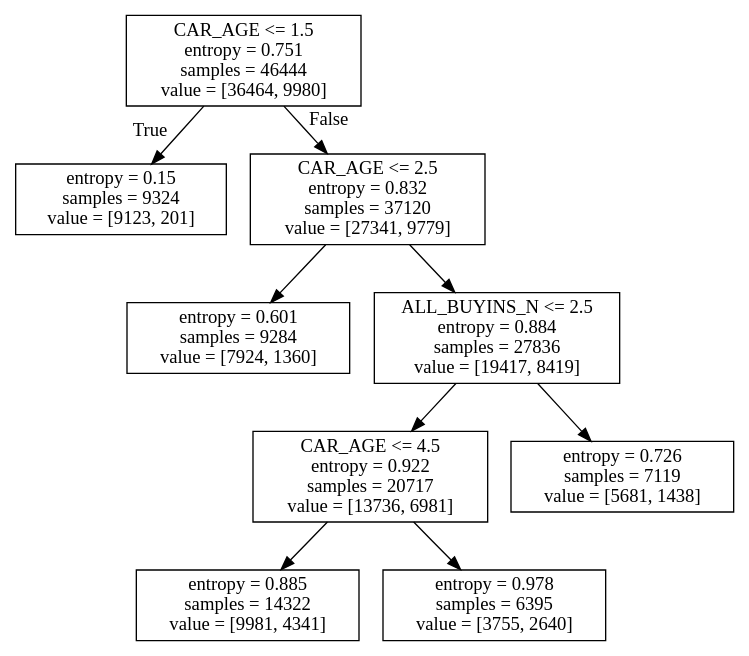
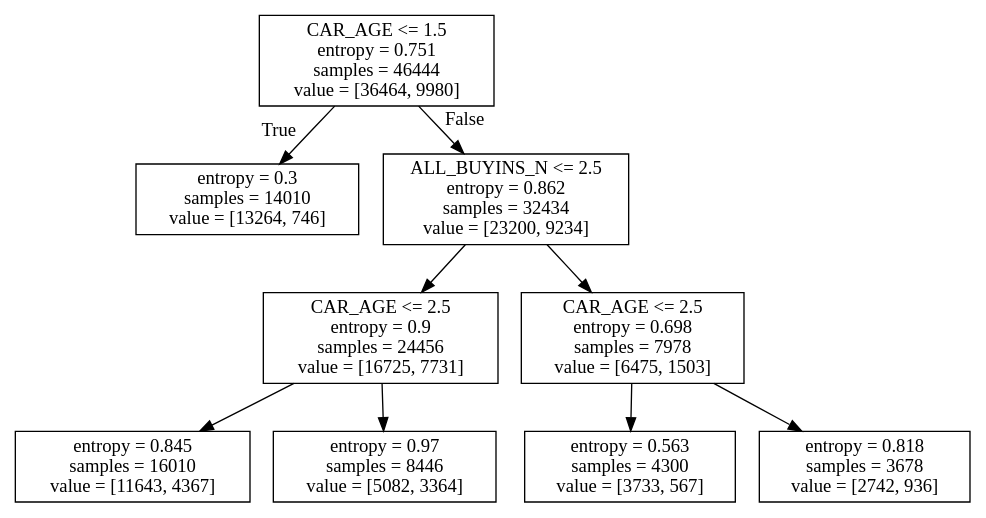
The diagram in tree.dot (fralychen/TianchiData), drawn with Graphviz before and after one commit. The commit also changed 4 other files, not shown here.

```diff
--- a/tree.dot
+++ b/tree.dot
@@ -1,20 +1,20 @@
 digraph Tree {
 node [shape=box] ;
 0 [label="CAR_AGE <= 1.5\nentropy = 0.751\nsamples = 46444\nvalue = [36464, 9980]"] ;
-1 [label="entropy = 0.15\nsamples = 9324\nvalue = [9123, 201]"] ;
+1 [label="entropy = 0.3\nsamples = 14010\nvalue = [13264, 746]"] ;
 0 -> 1 [labeldistance=2.5, labelangle=45, headlabel="True"] ;
-2 [label="CAR_AGE <= 2.5\nentropy = 0.832\nsamples = 37120\nvalue = [27341, 9779]"] ;
+2 [label="ALL_BUYINS_N <= 2.5\nentropy = 0.862\nsamples = 32434\nvalue = [23200, 9234]"] ;
 0 -> 2 [labeldistance=2.5, labelangle=-45, headlabel="False"] ;
-3 [label="entropy = 0.601\nsamples = 9284\nvalue = [7924, 1360]"] ;
+3 [label="CAR_AGE <= 2.5\nentropy = 0.9\nsamples = 24456\nvalue = [16725, 7731]"] ;
 2 -> 3 ;
-4 [label="ALL_BUYINS_N <= 2.5\nentropy = 0.884\nsamples = 27836\nvalue = [19417, 8419]"] ;
+5 [label="entropy = 0.845\nsamples = 16010\nvalue = [11643, 4367]"] ;
+3 -> 5 ;
+6 [label="entropy = 0.97\nsamples = 8446\nvalue = [5082, 3364]"] ;
+3 -> 6 ;
+4 [label="CAR_AGE <= 2.5\nentropy = 0.698\nsamples = 7978\nvalue = [6475, 1503]"] ;
 2 -> 4 ;
-5 [label="CAR_AGE <= 4.5\nentropy = 0.922\nsamples = 20717\nvalue = [13736, 6981]"] ;
-4 -> 5 ;
-7 [label="entropy = 0.885\nsamples = 14322\nvalue = [9981, 4341]"] ;
-5 -> 7 ;
-8 [label="entropy = 0.978\nsamples = 6395\nvalue = [3755, 2640]"] ;
-5 -> 8 ;
-6 [label="entropy = 0.726\nsamples = 7119\nvalue = [5681, 1438]"] ;
-4 -> 6 ;
+7 [label="entropy = 0.563\nsamples = 4300\nvalue = [3733, 567]"] ;
+4 -> 7 ;
+8 [label="entropy = 0.818\nsamples = 3678\nvalue = [2742, 936]"] ;
+4 -> 8 ;
 }
```
